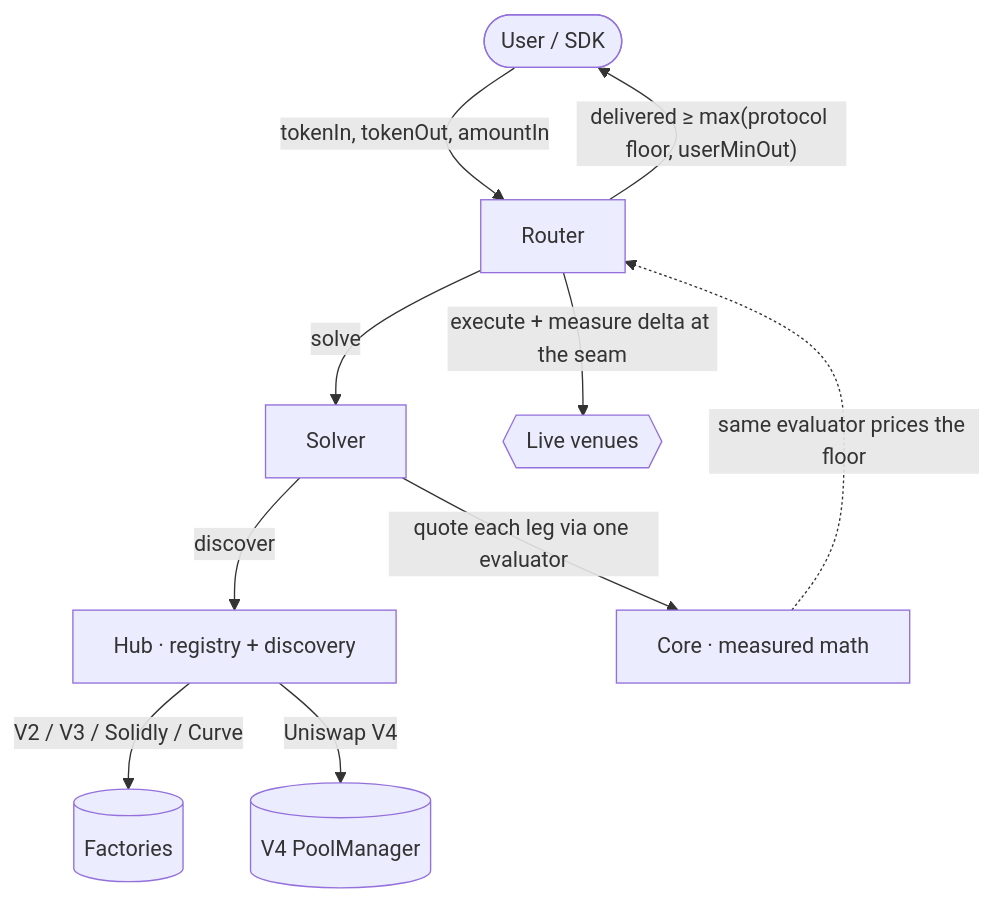
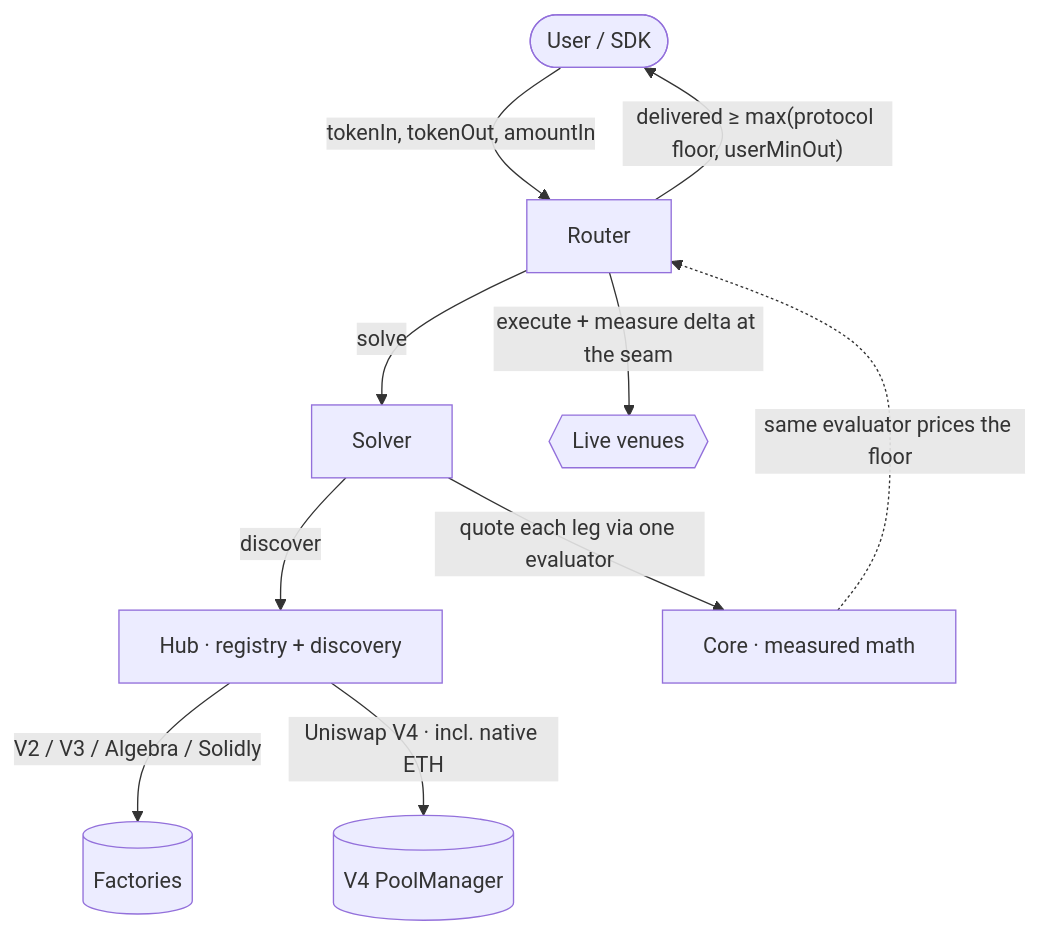
Before and after one commit to blazephoenixxyz-crypto/Blaze-Phoenix-Dex: the diagram in README.md, drawn with Mermaid. The commit also changed other lines of this file and 5 other files, not shown here.

````diff
--- a/README.md
+++ b/README.md
@@ -59,12 +75,12 @@
 ```mermaid
 flowchart TD
     U([User / SDK]) -->|tokenIn, tokenOut, amountIn| R[Router]
     R -->|solve| S[Solver]
     S -->|discover| H[Hub · registry + discovery]
-    H -->|"V2 / V3 / Solidly / Curve"| F[(Factories)]
-    H -->|"Uniswap V4"| PM[(V4 PoolManager)]
+    H -->|"V2 / V3 / Algebra / Solidly"| F[(Factories)]
+    H -->|"Uniswap V4 · incl. native ETH"| PM[(V4 PoolManager)]
     S -->|"quote each leg via one evaluator"| C[Core · measured math]
     R -->|"execute + measure delta at the seam"| V{{Live venues}}
     C -.->|"same evaluator prices the floor"| R
     R -->|"delivered ≥ max(protocol floor, userMinOut)"| U
 ```
````
